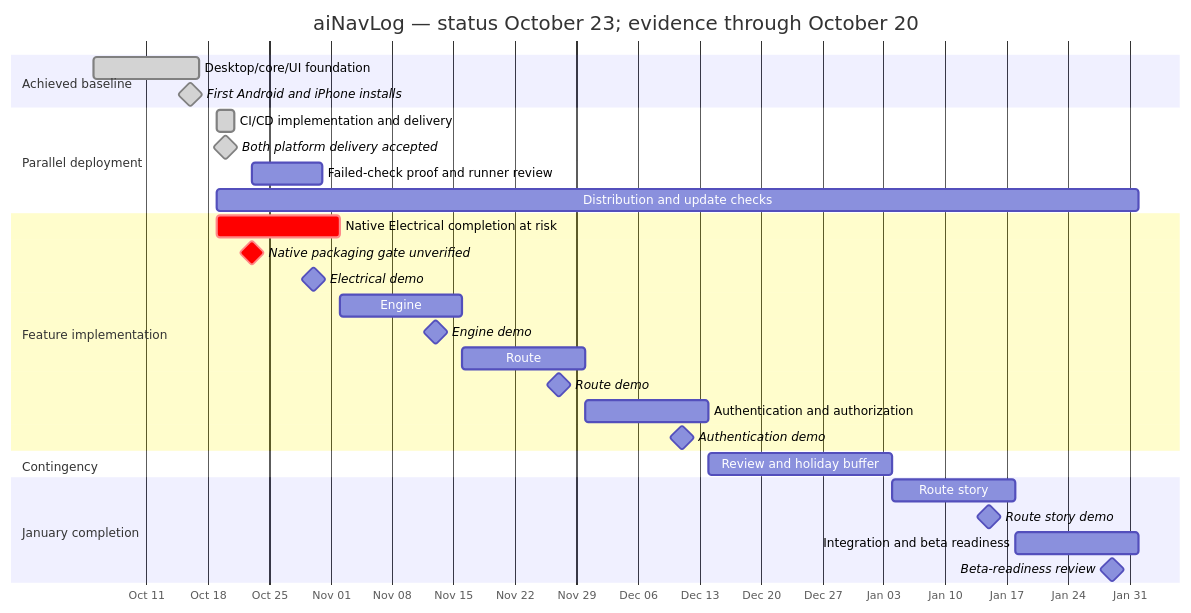
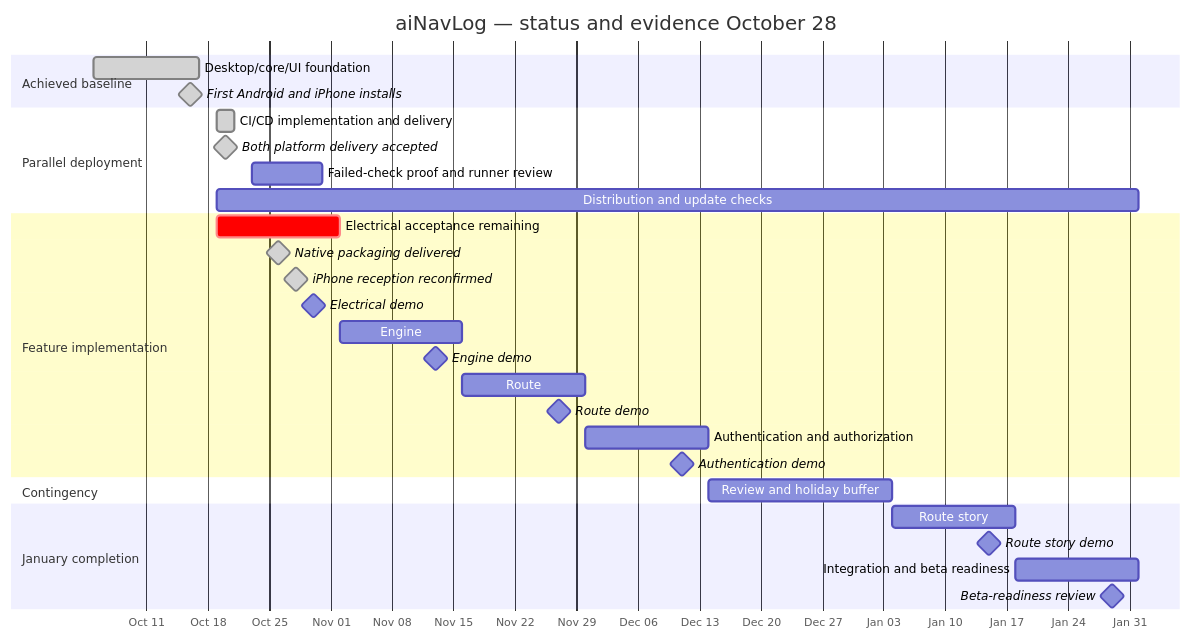
One commit to amanlig/aiNavLog changed the first of 2 diagrams in docs/project-plan.md. Above: the diagram before and after it, drawn with Mermaid. The commit also changed other lines of this file and 117 other files, not shown here.

Commit message:
implemeneted historical chart

````diff
--- a/docs/project-plan.md
+++ b/docs/project-plan.md
@@ -54,32 +71,33 @@
 ```mermaid
 gantt
-    title aiNavLog — status October 23; evidence through October 20
+    title aiNavLog — status and evidence October 28
     dateFormat YYYY-MM-DD
     axisFormat %b %d
     todayMarker off
     section Achieved baseline
     Desktop/core/UI foundation          :done, baseline, 2026-10-05, 2026-10-17
     First Android and iPhone installs    :milestone, done, installed, 2026-10-16, 0d
     section Parallel deployment
     CI/CD implementation and delivery   :done, cicd, 2026-10-19, 2026-10-21
     Both platform delivery accepted     :milestone, done, delivery_accepted, 2026-10-20, 0d
     Failed-check proof and runner review :cicd_remaining, 2026-10-23, 2026-10-31
     Distribution and update checks      :delivery, 2026-10-19, 2027-02-01
     section Feature implementation
-    Native Electrical completion at risk :crit, electrical, 2026-10-19, 2026-11-02
-    Native packaging gate unverified    :milestone, crit, native_gate, 2026-10-23, 0d
+    Electrical acceptance remaining :crit, electrical, 2026-10-19, 2026-11-02
+    Native packaging delivered          :milestone, done, native_gate, 2026-10-26, 0d
+    iPhone reception reconfirmed        :milestone, done, iphone_retest, 2026-10-28, 0d
     Electrical demo                     :milestone, electrical_demo, 2026-10-30, 0d
     Engine                              :engine, 2026-11-02, 2026-11-16
     Engine demo                         :milestone, engine_demo, 2026-11-13, 0d
     Route                               :route, 2026-11-16, 2026-11-30
     Route demo                          :milestone, route_demo, 2026-11-27, 0d
     Authentication and authorization    :auth, 2026-11-30, 2026-12-14
     Authentication demo                 :milestone, auth_demo, 2026-12-11, 0d
     section Contingency
     Review and holiday buffer           :buffer, 2026-12-14, 2027-01-04
     section January completion
     Route story                         :story, 2027-01-04, 2027-01-18
     Route story demo                    :milestone, story_demo, 2027-01-15, 0d
     Integration and beta readiness      :readiness, 2027-01-18, 2027-02-01
     Beta-readiness review               :milestone, readiness_review, 2027-01-29, 0d
 ```
````
